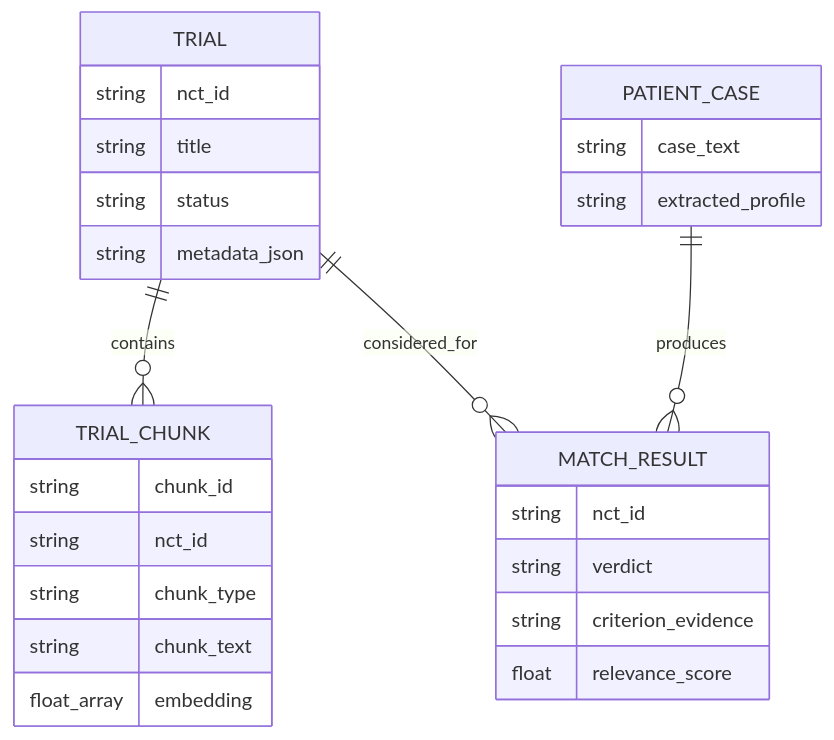
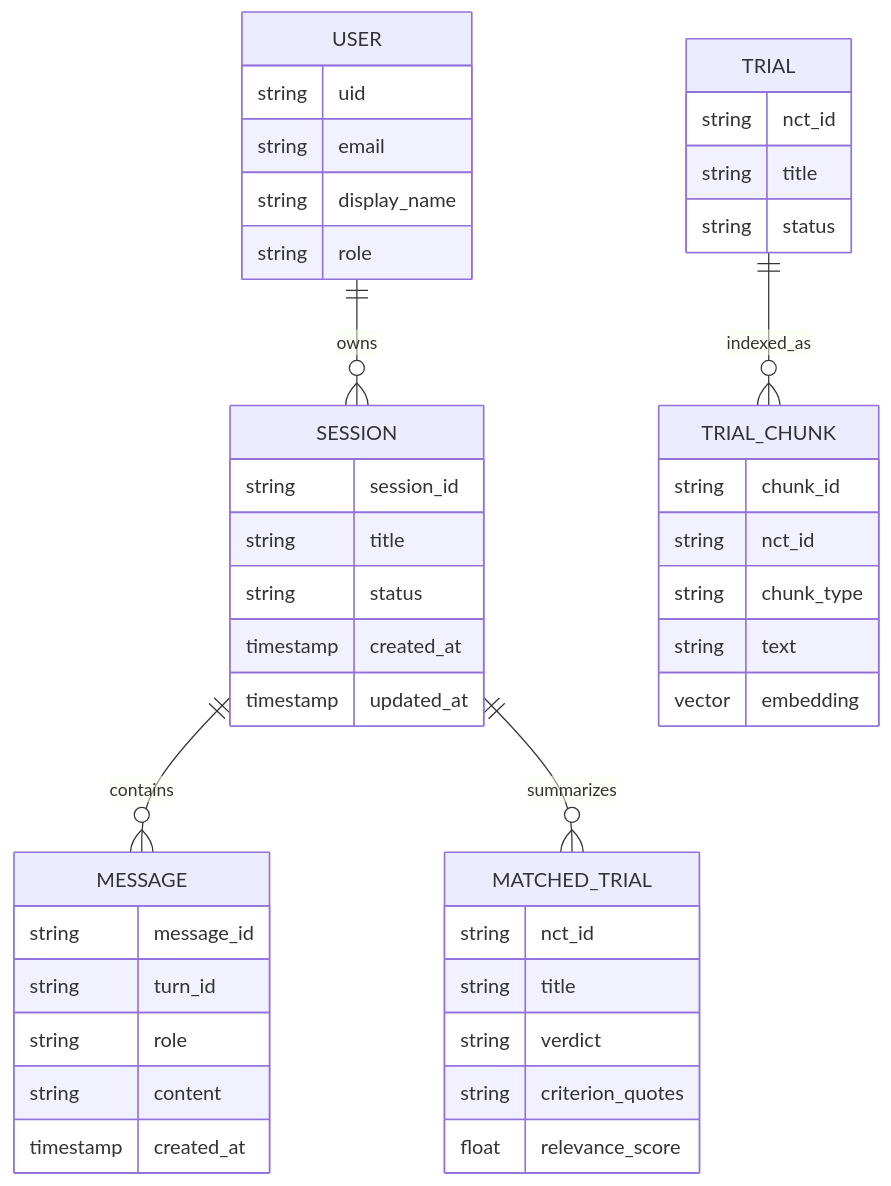
The fourth of 7 diagrams in ARCHITECTURE.md (Aditya190704/CLINICAL-TRIAL-RAG-), drawn with Mermaid before and after one commit. The commit also changed other lines of this file and 26 other files, not shown here.

````diff
--- a/ARCHITECTURE.md
+++ b/ARCHITECTURE.md
@@ -136,29 +125,46 @@
 ```mermaid
 erDiagram
-    TRIAL ||--o{ TRIAL_CHUNK : contains
-    TRIAL ||--o{ MATCH_RESULT : considered_for
-    PATIENT_CASE ||--o{ MATCH_RESULT : produces
+    USER ||--o{ SESSION : owns
+    SESSION ||--o{ MESSAGE : contains
+    SESSION ||--o{ MATCHED_TRIAL : summarizes
+    TRIAL ||--o{ TRIAL_CHUNK : indexed_as
+    USER {
+        string uid
+        string email
+        string display_name
+        string role
+    }
+    SESSION {
+        string session_id
+        string title
+        string status
+        timestamp created_at
+        timestamp updated_at
+    }
+    MESSAGE {
+        string message_id
+        string turn_id
+        string role
+        string content
+        timestamp created_at
+    }
+    MATCHED_TRIAL {
+        string nct_id
+        string title
+        string verdict
+        string criterion_quotes
+        float relevance_score
+    }
     TRIAL {
         string nct_id
         string title
         string status
-        string metadata_json
     }
     TRIAL_CHUNK {
         string chunk_id
         string nct_id
         string chunk_type
-        string chunk_text
-        float_array embedding
-    }
-    PATIENT_CASE {
-        string case_text
-        string extracted_profile
-    }
-    MATCH_RESULT {
-        string nct_id
-        string verdict
-        string criterion_evidence
-        float relevance_score
+        string text
+        vector embedding
     }
 ```
````
